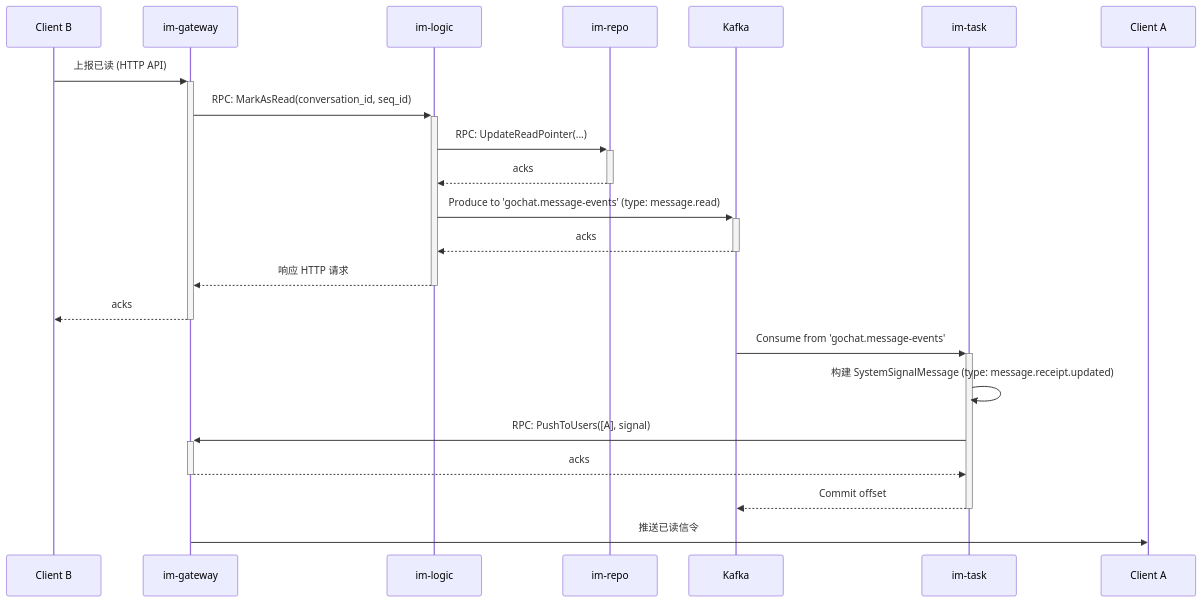
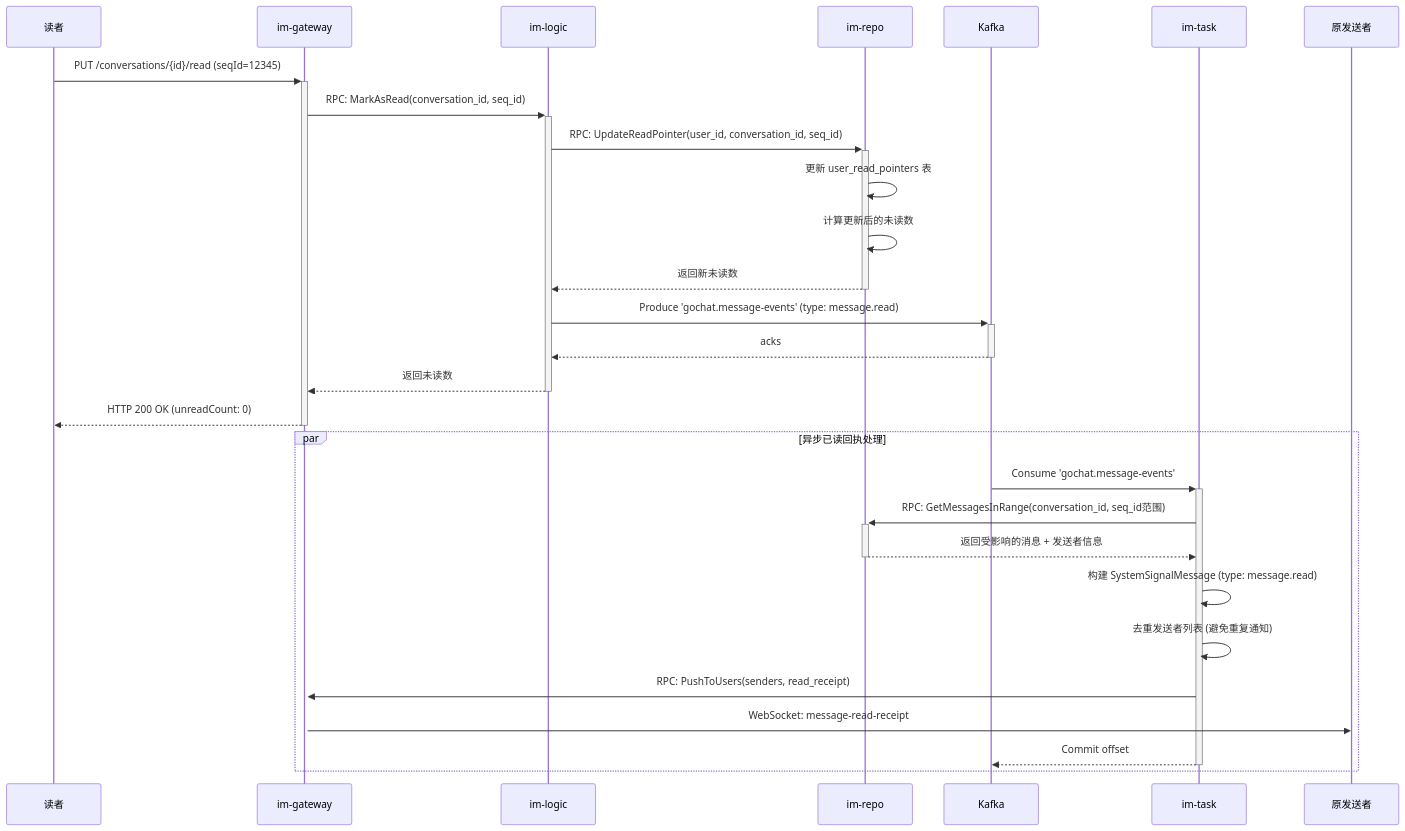
The fifth of 15 diagrams in docs/06_data_models/02_core_im_flows.md (ceyewan/gochat), drawn with Mermaid before and after one commit. The commit also changed other lines of this file and 5 other files, not shown here.

````diff
--- a/docs/06_data_models/02_core_im_flows.md
+++ b/docs/06_data_models/02_core_im_flows.md
@@ -74,27 +225,35 @@
 ```mermaid
 sequenceDiagram
-    participant Client B
+    participant Reader as 读者
     participant Gateway as im-gateway
     participant Logic as im-logic
     participant Repo as im-repo
     participant Kafka
     participant Task as im-task
-    participant Client A
+    participant Sender as 原发送者
 
-    Client B->>+Gateway: 上报已读 (HTTP API)
+    Reader->>+Gateway: PUT /conversations/{id}/read (seqId=12345)
     Gateway->>+Logic: RPC: MarkAsRead(conversation_id, seq_id)
-    Logic->>+Repo: RPC: UpdateReadPointer(...)
-    Repo-->>-Logic: acks
-    Logic->>+Kafka: Produce to 'gochat.message-events' (type: message.read)
+    
+    Logic->>+Repo: RPC: UpdateReadPointer(user_id, conversation_id, seq_id)
+    Repo->>Repo: 更新 user_read_pointers 表
+    Repo->>Repo: 计算更新后的未读数
+    Repo-->>-Logic: 返回新未读数
+
+    Logic->>+Kafka: Produce 'gochat.message-events' (type: message.read)
     Kafka-->>-Logic: acks
-    Logic-->>-Gateway: 响应 HTTP 请求
-    Gateway-->>-Client B: acks
+    Logic-->>-Gateway: 返回未读数
+    Gateway-->>-Reader: HTTP 200 OK (unreadCount: 0)
 
-    Kafka->>+Task: Consume from 'gochat.message-events'
-    Task->>Task: 构建 SystemSignalMessage (type: message.receipt.updated)
-    Task->>+Gateway: RPC: PushToUsers([A], signal)
-    Gateway-->>-Task: acks
-    Task-->>-Kafka: Commit offset
-
-    Gateway->>Client A: 推送已读信令
+    par 异步已读回执处理
+        Kafka->>+Task: Consume 'gochat.message-events'
+        Task->>+Repo: RPC: GetMessagesInRange(conversation_id, seq_id范围)
+        Repo-->>-Task: 返回受影响的消息 + 发送者信息
+        
+        Task->>Task: 构建 SystemSignalMessage (type: message.read)
+        Task->>Task: 去重发送者列表 (避免重复通知)
+        Task->>+Gateway: RPC: PushToUsers(senders, read_receipt)
+        Gateway->>Sender: WebSocket: message-read-receipt
+        Task-->>-Kafka: Commit offset
+    end
 ```
````
